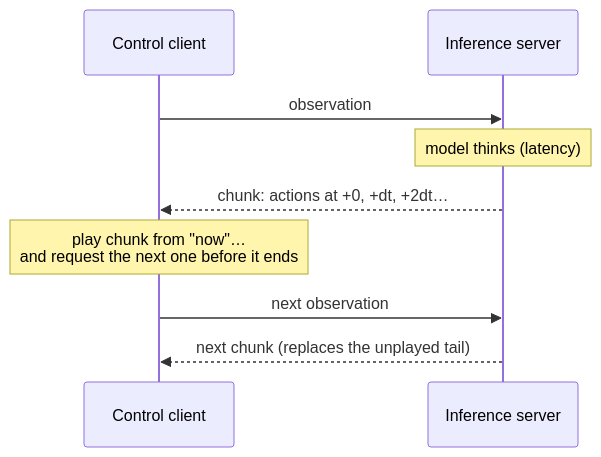
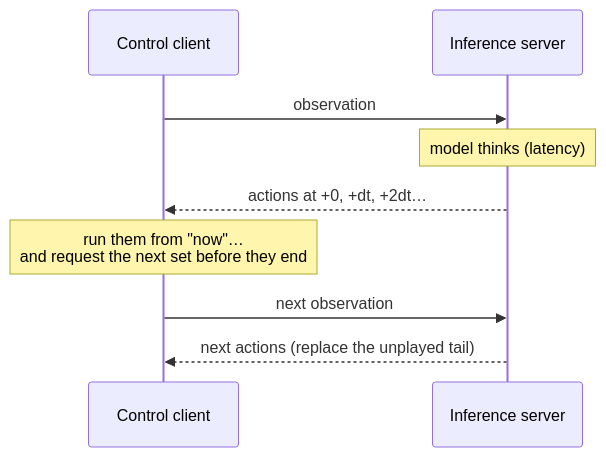
The second of 2 diagrams in docs/connect-your-model.md (Positronic-Robotics/positronic), drawn with Mermaid before and after one commit. The commit also changed other lines of this file and 1 other file, not shown here.

````diff
--- a/docs/connect-your-model.md
+++ b/docs/connect-your-model.md
@@ -68,11 +68,11 @@
 ```mermaid
 sequenceDiagram
     participant C as Control client
     participant S as Inference server
     C->>S: observation
     Note over S: model thinks (latency)
-    S-->>C: chunk: actions at +0, +dt, +2dt…
-    Note over C: play chunk from "now"…<br/>and request the next one before it ends
+    S-->>C: actions at +0, +dt, +2dt…
+    Note over C: run them from "now"…<br/>and request the next set before they end
     C->>S: next observation
-    S-->>C: next chunk (replaces the unplayed tail)
+    S-->>C: next actions (replace the unplayed tail)
 ```
````
